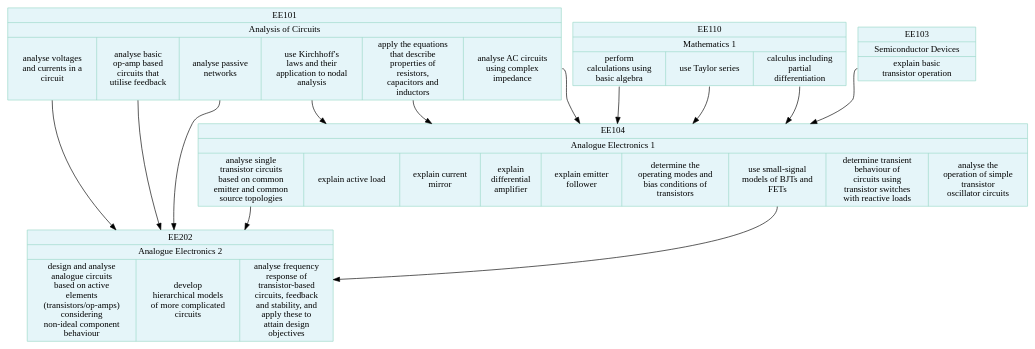
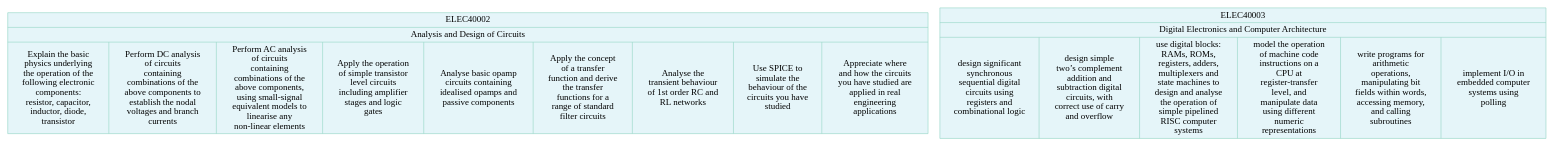
The diagram in modules.dot (johnwickerson/ee_modules), drawn with Graphviz before and after one commit. The commit also changed 1 other file, not shown here.

```diff
--- a/modules.dot
+++ b/modules.dot
@@ -1,54 +1,26 @@
 // This is an auto-generated file. Don't edit this file; edit `modules.yml` instead.
 
 digraph {
   node[shape=record, style="filled"];
   node[color="#99d8c9", fillcolor="#e5f5f9"];
-  EE101 [label="{EE101 | Analysis of Circuits | {
-    <1>analyse voltages\nand currents in a\ncircuit |
-    <2>analyse basic\nop-amp based\ncircuits that\nutilise feedback |
-    <3>analyse passive\nnetworks |
-    <4>use Kirchhoff's\nlaws and their\napplication to nodal\nanalysis |
-    <5>apply the equations\nthat describe\nproperties of\nresistors,\ncapacitors and\ninductors |
-    <6>analyse AC circuits\nusing complex\nimpedance
+  ELEC40002 [label="{ELEC40002 | Analysis and Design of Circuits | {
+    <1>Explain the basic\nphysics underlying\nthe operation of the\nfollowing electronic\ncomponents:\nresistor, capacitor,\ninductor, diode,\ntransistor |
+    <2>Perform DC analysis\nof circuits\ncontaining\ncombinations of the\nabove components to\nestablish the nodal\nvoltages and branch\ncurrents |
+    <3>Perform AC analysis\nof circuits\ncontaining\ncombinations of the\nabove components,\nusing small-signal\nequivalent models to\nlinearise any\nnon-linear elements |
+    <4>Apply the operation\nof simple transistor\nlevel circuits\nincluding amplifier\nstages and logic\ngates |
+    <5>Analyse basic opamp\ncircuits containing\nidealised opamps and\npassive components |
+    <6>Apply the concept\nof a transfer\nfunction and derive\nthe transfer\nfunctions for a\nrange of standard\nfilter circuits |
+    <7>Analyse the\ntransient behaviour\nof 1st order RC and\nRL networks |
+    <8>Use SPICE to\nsimulate the\nbehaviour of the\ncircuits you have\nstudied |
+    <9>Appreciate where\nand how the circuits\nyou have studied are\napplied in real\nengineering\napplications
   }}"];
 
-  EE110 [label="{EE110 | Mathematics 1 | {
-    <1>perform\ncalculations using\nbasic algebra |
-    <2>use Taylor series |
-    <3>calculus including\npartial\ndifferentiation
+  ELEC40003 [label="{ELEC40003 | Digital Electronics and Computer Architecture | {
+    <1>design significant\nsynchronous\nsequential digital\ncircuits using\nregisters and\ncombinational logic |
+    <2>design simple\ntwo’s complement\naddition and\nsubtraction digital\ncircuits, with\ncorrect use of carry\nand overflow |
+    <3>use digital blocks:\nRAMs, ROMs,\nregisters, adders,\nmultiplexers and\nstate machines to\ndesign and analyse\nthe operation of\nsimple pipelined\nRISC computer\nsystems |
+    <4>model the operation\nof machine code\ninstructions on a\nCPU at\nregister-transfer\nlevel, and\nmanipulate data\nusing different\nnumeric\nrepresentations |
+    <5>write programs for\narithmetic\noperations,\nmanipulating bit\nfields within words,\naccessing memory,\nand calling\nsubroutines |
+    <6>implement I/O in\nembedded computer\nsystems using\npolling
   }}"];
-
-  EE103 [label="{EE103 | Semiconductor Devices | {
-    <1>explain basic\ntransistor operation
-  }}"];
-
-  EE104 [label="{EE104 | Analogue Electronics 1 | {
-    <1>analyse single\ntransistor circuits\nbased on common\nemitter and common\nsource topologies |
-    <2>explain active load |
-    <3>explain current\nmirror |
-    <4>explain\ndifferential\namplifier |
-    <5>explain emitter\nfollower |
-    <6>determine the\noperating modes and\nbias conditions of\ntransistors |
-    <7>use small-signal\nmodels of BJTs and\nFETs |
-    <8>determine transient\nbehaviour of\ncircuits using\ntransistor switches\nwith reactive loads |
-    <9>analyse the\noperation of simple\ntransistor\noscillator circuits
-  }}"];
-  EE101:4 -> EE104;
-  EE101:5 -> EE104;
-  EE101:6 -> EE104;
-  EE110:1 -> EE104;
-  EE110:2 -> EE104;
-  EE110:3 -> EE104;
-  EE103:1 -> EE104;
-
-  EE202 [label="{EE202 | Analogue Electronics 2 | {
-    <1>design and analyse\nanalogue circuits\nbased on active\nelements\n(transistors/op-amps)\nconsidering\nnon-ideal component\nbehaviour |
-    <2>develop\nhierarchical models\nof more complicated\ncircuits |
-    <3>analyse frequency\nresponse of\ntransistor-based\ncircuits, feedback\nand stability, and\napply these to\nattain design\nobjectives
-  }}"];
-  EE101:1 -> EE202;
-  EE101:2 -> EE202;
-  EE101:3 -> EE202;
-  EE104:1 -> EE202;
-  EE104:7 -> EE202;
 }
```
